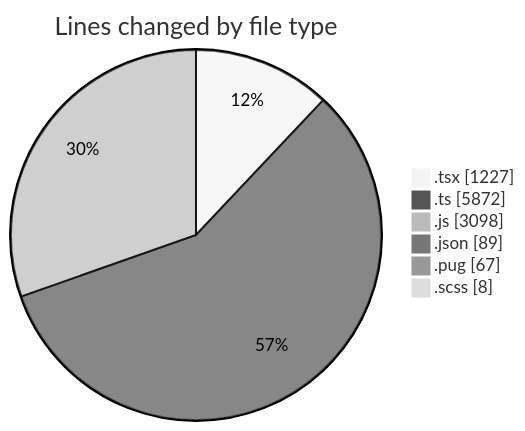
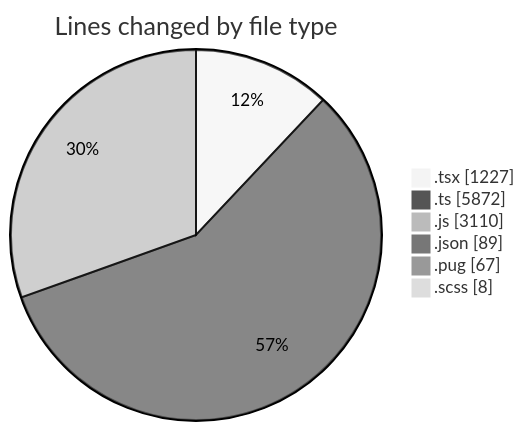
Before and after one commit to momahboobian/code-tracking: the first of 2 diagrams in 2025-03-24/cda/README.md, drawn with Mermaid (neutral theme). The commit also changed other lines of this file and 1 other file, not shown here.

````diff
--- a/2025-03-24/cda/README.md
+++ b/2025-03-24/cda/README.md
@@ -41,10 +41,10 @@
 ```mermaid
 pie showData
 title Lines changed by file type
 ".tsx" : 1227
 ".ts" : 5872
-".js" : 3098
+".js" : 3110
 ".json" : 89
 ".pug" : 67
 ".scss" : 8
 ```
````
